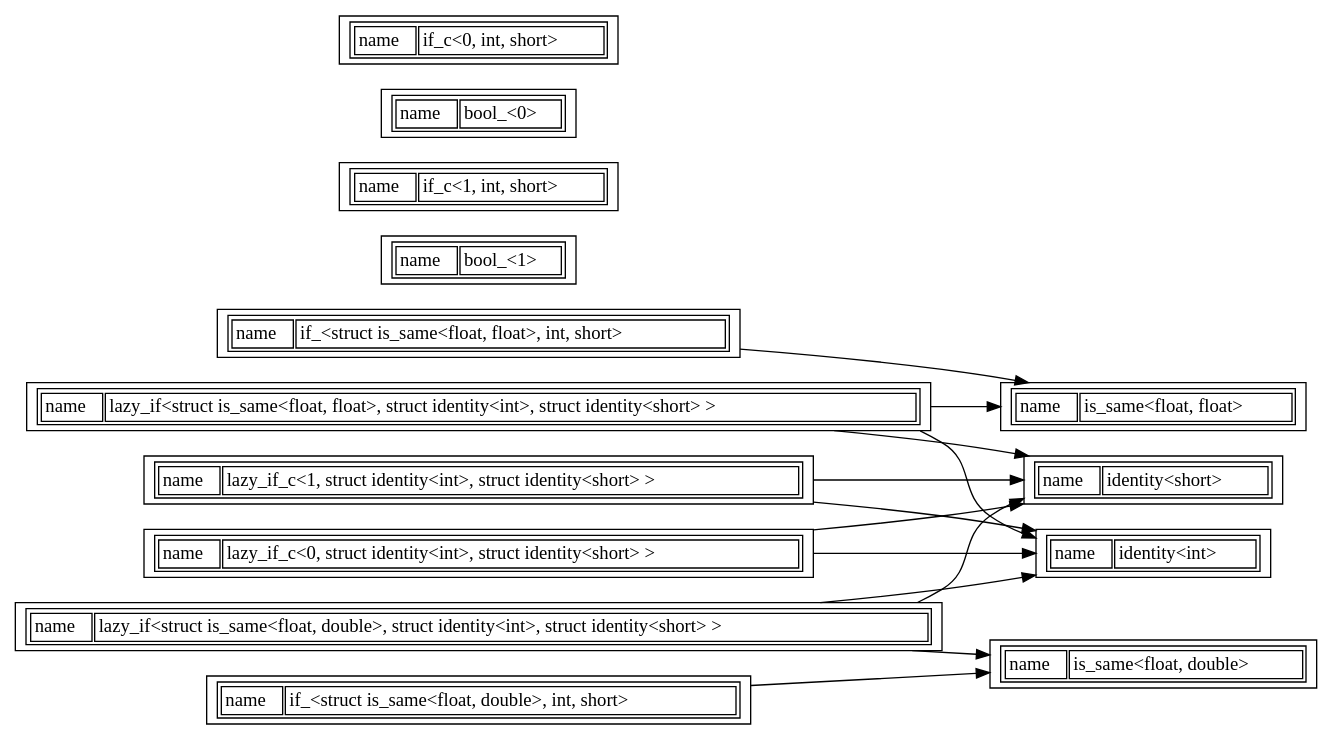
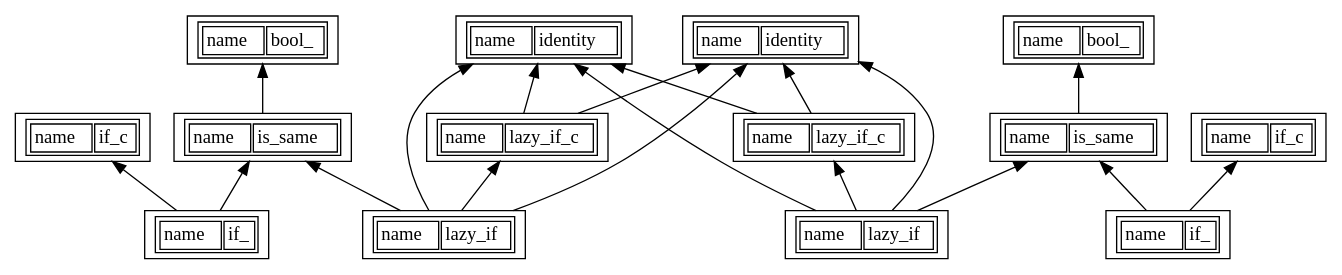
One commit to brycelelbach/ariel changed the diagram in output/dot/heller.dot. Above: the diagram before and after it, drawn with Graphviz. The commit also changed 6 other files, not shown here.

```diff
--- a/output/dot/heller.dot
+++ b/output/dot/heller.dot
@@ -1,32 +1,37 @@
 digraph {
-//rankdir="BT";
-rankdir="LR";
-n418227160[shape="record" label=<<TABLE><TR><TD>name</TD><TD>if_&lt;struct is_same&lt;float, float&gt;, int, short&gt;</TD></TR></TABLE>>];
-n563860170[shape="record" label=<<TABLE><TR><TD>name</TD><TD>lazy_if&lt;struct is_same&lt;float, float&gt;, struct identity&lt;int&gt;, struct identity&lt;short&gt; &gt;</TD></TR></TABLE>>];
-n897571425[shape="record" label=<<TABLE><TR><TD>name</TD><TD>identity&lt;short&gt;</TD></TR></TABLE>>];
-n1451625291[shape="record" label=<<TABLE><TR><TD>name</TD><TD>bool_&lt;1&gt;</TD></TR></TABLE>>];
-n1978041342[shape="record" label=<<TABLE><TR><TD>name</TD><TD>lazy_if&lt;struct is_same&lt;float, double&gt;, struct identity&lt;int&gt;, struct identity&lt;short&gt; &gt;</TD></TR></TABLE>>];
-n2206450294[shape="record" label=<<TABLE><TR><TD>name</TD><TD>is_same&lt;float, double&gt;</TD></TR></TABLE>>];
-n2435734550[shape="record" label=<<TABLE><TR><TD>name</TD><TD>if_&lt;struct is_same&lt;float, double&gt;, int, short&gt;</TD></TR></TABLE>>];
-n2625472026[shape="record" label=<<TABLE><TR><TD>name</TD><TD>is_same&lt;float, float&gt;</TD></TR></TABLE>>];
-n2762470105[shape="record" label=<<TABLE><TR><TD>name</TD><TD>if_c&lt;1, int, short&gt;</TD></TR></TABLE>>];
-n2910871485[shape="record" label=<<TABLE><TR><TD>name</TD><TD>bool_&lt;0&gt;</TD></TR></TABLE>>];
-n3466006236[shape="record" label=<<TABLE><TR><TD>name</TD><TD>identity&lt;int&gt;</TD></TR></TABLE>>];
-n3636771054[shape="record" label=<<TABLE><TR><TD>name</TD><TD>lazy_if_c&lt;1, struct identity&lt;int&gt;, struct identity&lt;short&gt; &gt;</TD></TR></TABLE>>];
-n3842541376[shape="record" label=<<TABLE><TR><TD>name</TD><TD>if_c&lt;0, int, short&gt;</TD></TR></TABLE>>];
-n4107359874[shape="record" label=<<TABLE><TR><TD>name</TD><TD>lazy_if_c&lt;0, struct identity&lt;int&gt;, struct identity&lt;short&gt; &gt;</TD></TR></TABLE>>];
+rankdir="BT";
+n411094983[shape="record" label=<<TABLE><TR><TD>name</TD><TD>if_</TD></TR></TABLE>>];
+n424455647[shape="record" label=<<TABLE><TR><TD>name</TD><TD>lazy_if_c</TD></TR></TABLE>>];
+n571571392[shape="record" label=<<TABLE><TR><TD>name</TD><TD>lazy_if</TD></TR></TABLE>>];
+n796517498[shape="record" label=<<TABLE><TR><TD>name</TD><TD>lazy_if</TD></TR></TABLE>>];
+n1287355512[shape="record" label=<<TABLE><TR><TD>name</TD><TD>identity</TD></TR></TABLE>>];
+n1298369181[shape="record" label=<<TABLE><TR><TD>name</TD><TD>is_same</TD></TR></TABLE>>];
+n1456755728[shape="record" label=<<TABLE><TR><TD>name</TD><TD>if_c</TD></TR></TABLE>>];
+n2104634931[shape="record" label=<<TABLE><TR><TD>name</TD><TD>bool_</TD></TR></TABLE>>];
+n2395158828[shape="record" label=<<TABLE><TR><TD>name</TD><TD>bool_</TD></TR></TABLE>>];
+n2763800426[shape="record" label=<<TABLE><TR><TD>name</TD><TD>is_same</TD></TR></TABLE>>];
+n3283385663[shape="record" label=<<TABLE><TR><TD>name</TD><TD>lazy_if_c</TD></TR></TABLE>>];
+n3903986830[shape="record" label=<<TABLE><TR><TD>name</TD><TD>if_</TD></TR></TABLE>>];
+n4005720465[shape="record" label=<<TABLE><TR><TD>name</TD><TD>if_c</TD></TR></TABLE>>];
+n4126307445[shape="record" label=<<TABLE><TR><TD>name</TD><TD>identity</TD></TR></TABLE>>];
 
-n418227160 -> n2625472026;
-n563860170 -> n2625472026;
-n563860170 -> n3466006236;
-n563860170 -> n897571425;
-n1978041342 -> n2206450294;
-n1978041342 -> n3466006236;
-n1978041342 -> n897571425;
-n2435734550 -> n2206450294;
-n3636771054 -> n3466006236;
-n3636771054 -> n897571425;
-n4107359874 -> n3466006236;
-n4107359874 -> n897571425;
+n411094983 -> n2763800426;
+n411094983 -> n1456755728;
+n424455647 -> n1287355512;
+n424455647 -> n4126307445;
+n571571392 -> n1298369181;
+n571571392 -> n1287355512;
+n571571392 -> n4126307445;
+n571571392 -> n424455647;
+n796517498 -> n2763800426;
+n796517498 -> n1287355512;
+n796517498 -> n4126307445;
+n796517498 -> n3283385663;
+n1298369181 -> n2395158828;
+n2763800426 -> n2104634931;
+n3283385663 -> n1287355512;
+n3283385663 -> n4126307445;
+n3903986830 -> n1298369181;
+n3903986830 -> n4005720465;
 
 }
```
